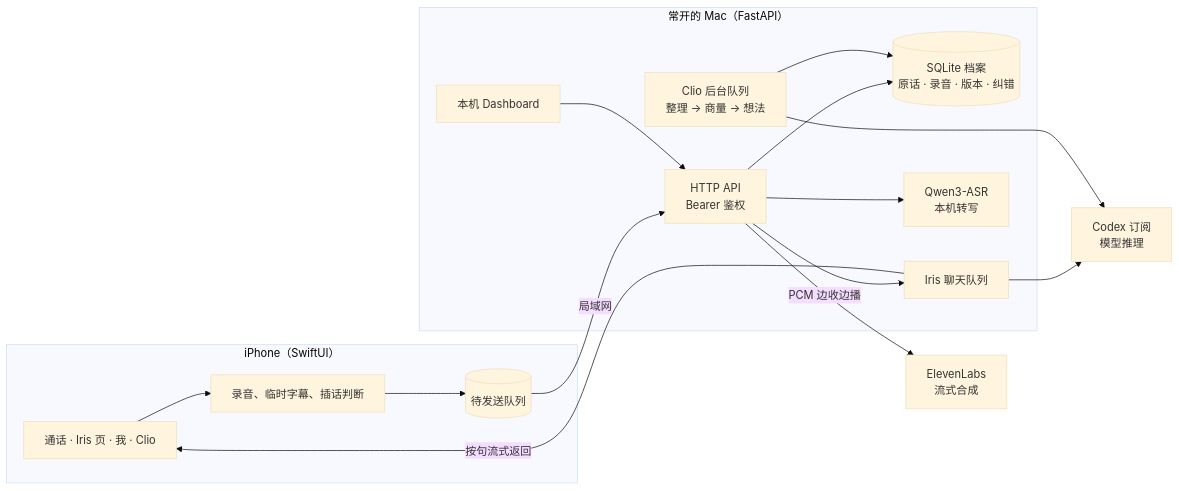
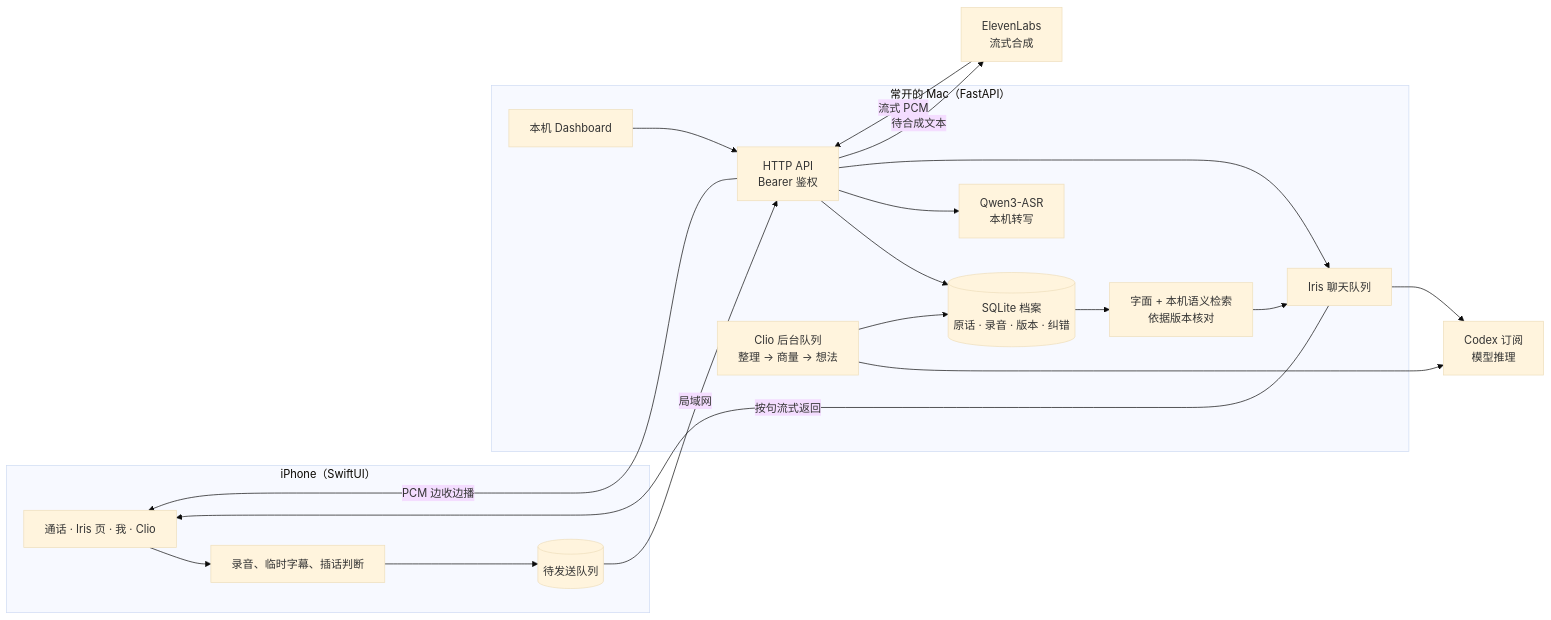
One commit to asiansumer/iris changed the diagram in README.md. Above: the diagram before and after it, drawn with Mermaid (base theme). The commit also changed other lines of this file and 2 other files, not shown here.

First line of the commit message:
docs: refresh Iris architecture and measurable improvement roadmap

````diff
--- a/README.md
+++ b/README.md
@@ -121,30 +123,34 @@
 ```mermaid
 flowchart LR
   subgraph Phone["iPhone（SwiftUI）"]
     UI["通话 · Iris 页 · 我 · Clio"]
     VOICE["录音、临时字幕、插话判断"]
     OUTBOX[("待发送队列")]
   end
 
   subgraph Mac["常开的 Mac（FastAPI）"]
     API["HTTP API<br/>Bearer 鉴权"]
     ARCHIVE[("SQLite 档案<br/>原话 · 录音 · 版本 · 纠错")]
     CHAT["Iris 聊天队列"]
     WORK["Clio 后台队列<br/>整理 → 商量 → 想法"]
     ASR["Qwen3-ASR<br/>本机转写"]
+    SEARCH["字面 + 本机语义检索<br/>依据版本核对"]
     DASH["本机 Dashboard"]
   end
 
   CODEX["Codex 订阅<br/>模型推理"]
   TTS["ElevenLabs<br/>流式合成"]
 
   UI --> VOICE --> OUTBOX -->|"局域网"| API
   API --> ARCHIVE
   API --> ASR
+  ARCHIVE --> SEARCH --> CHAT
   API --> CHAT --> CODEX
   WORK --> CODEX
   WORK --> ARCHIVE
   CHAT -->|"按句流式返回"| UI
-  API -->|"PCM 边收边播"| TTS
+  API -->|"待合成文本"| TTS
+  TTS -->|"流式 PCM"| API
+  API -->|"PCM 边收边播"| UI
   DASH --> API
 ```
````
